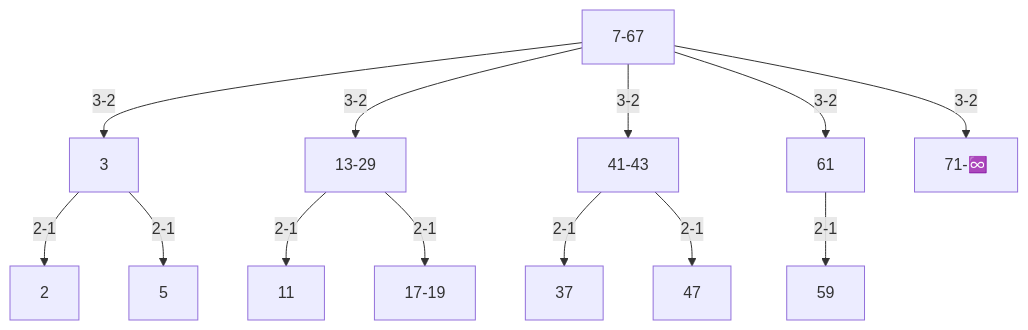
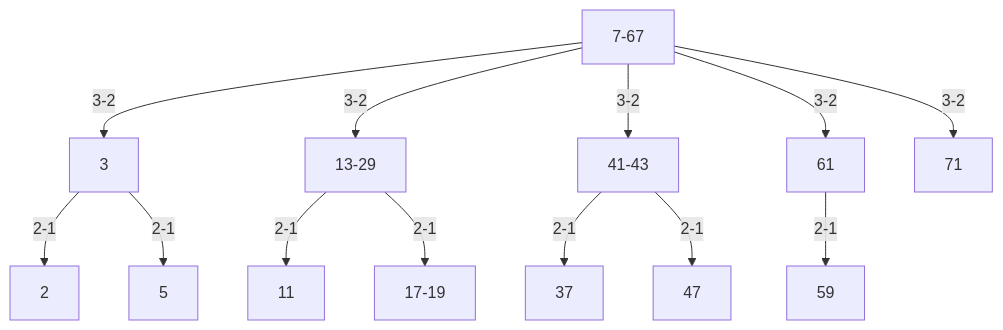
The second of 3 diagrams in README.md (carsonfarmer/geometric-tree), drawn with Mermaid before and after one commit. The commit also changed other lines of this file, not shown here.

Commit message:
chore: fix mermaid diagram

````diff
--- a/README.md
+++ b/README.md
@@ -48,15 +48,15 @@
 ```mermaid
 graph TD;
 7-67--3-2-->3
 3--2-1-->2
 3--2-1-->5
 7-67--3-2-->13-29
 13-29--2-1-->11
 13-29--2-1-->17-19
 7-67--3-2-->41-43
 41-43--2-1-->37
 41-43--2-1-->47
 7-67--3-2-->61
 61--2-1-->59
-7-67--3-2-->71-[71-♾️]
+7-67--3-2-->71-[71]
 ```
````
